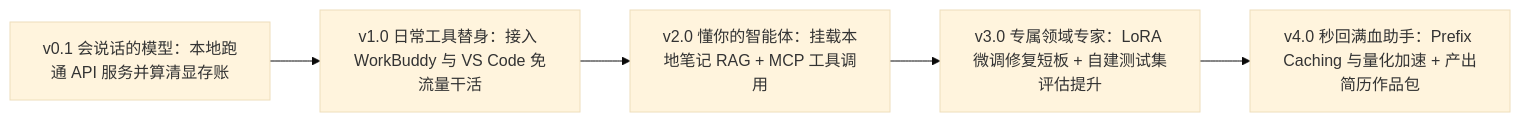
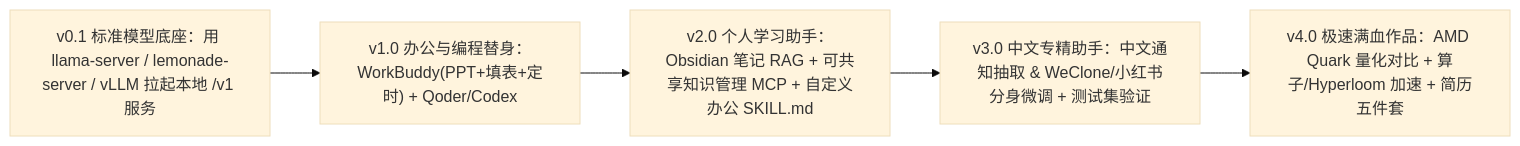
The second of 2 diagrams in docs/course-refactor/DESIGN_course-refactor.md (datawhalechina/hello-rocm), drawn with Mermaid (base theme) before and after one commit. The commit also changed other lines of this file and 3 other files, not shown here.

Commit message:
docs(course-refactor): 精炼课程总大纲（统一三大服务引擎、WorkBuddy办公三件套、Qoder、知识管理MCP与微调量化范围）

````diff
--- a/docs/course-refactor/DESIGN_course-refactor.md
+++ b/docs/course-refactor/DESIGN_course-refactor.md
@@ -100,7 +98,7 @@
 ```mermaid
 flowchart LR
-    V0["v0.1 会说话的模型：本地跑通 API 服务并算清显存账"] --> V1["v1.0 日常工具替身：接入 WorkBuddy 与 VS Code 免流量干活"]
-    V1 --> V2["v2.0 懂你的智能体：挂载本地笔记 RAG + MCP 工具调用"]
-    V2 --> V3["v3.0 专属领域专家：LoRA 微调修复短板 + 自建测试集评估提升"]
-    V3 --> V4["v4.0 秒回满血助手：Prefix Caching 与量化加速 + 产出简历作品包"]
+    V0["v0.1 标准模型底座：用 llama-server / lemonade-server / vLLM 拉起本地 /v1 服务"] --> V1["v1.0 办公与编程替身：WorkBuddy(PPT+填表+定时) + Qoder/Codex"]
+    V1 --> V2["v2.0 个人学习助手：Obsidian 笔记 RAG + 可共享知识管理 MCP + 自定义办公 SKILL.md"]
+    V2 --> V3["v3.0 中文专精助手：中文通知抽取 & WeClone/小红书分身微调 + 测试集验证"]
+    V3 --> V4["v4.0 极速满血作品：AMD Quark 量化对比 + 算子/Hyperloom 加速 + 简历五件套"]
 ```
````
